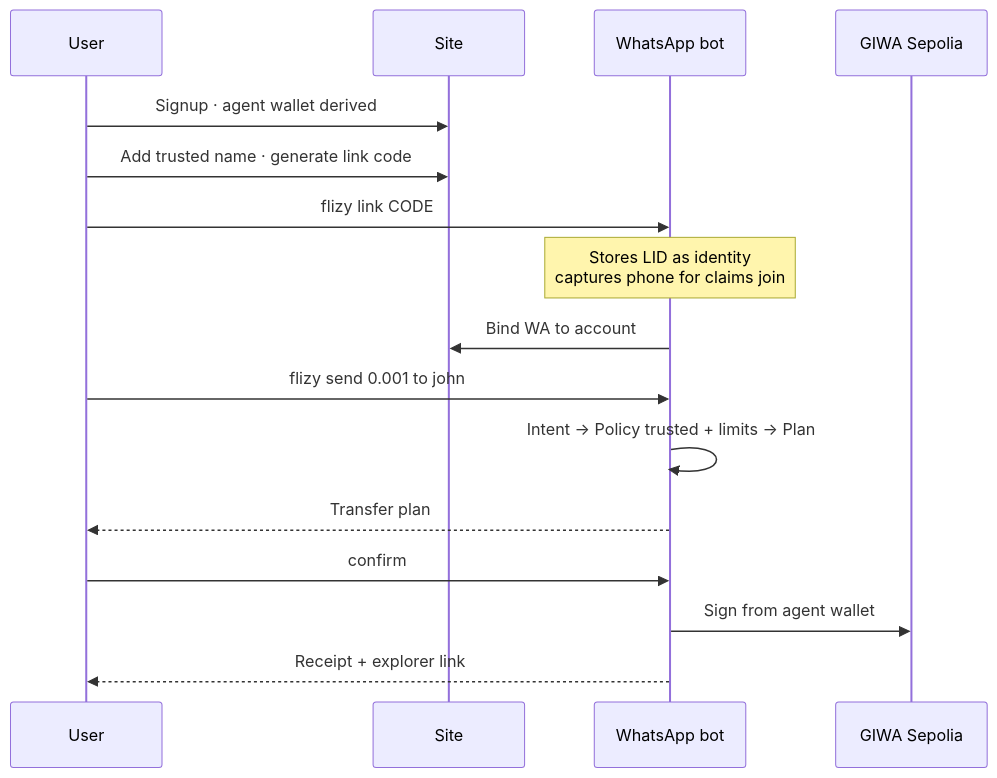
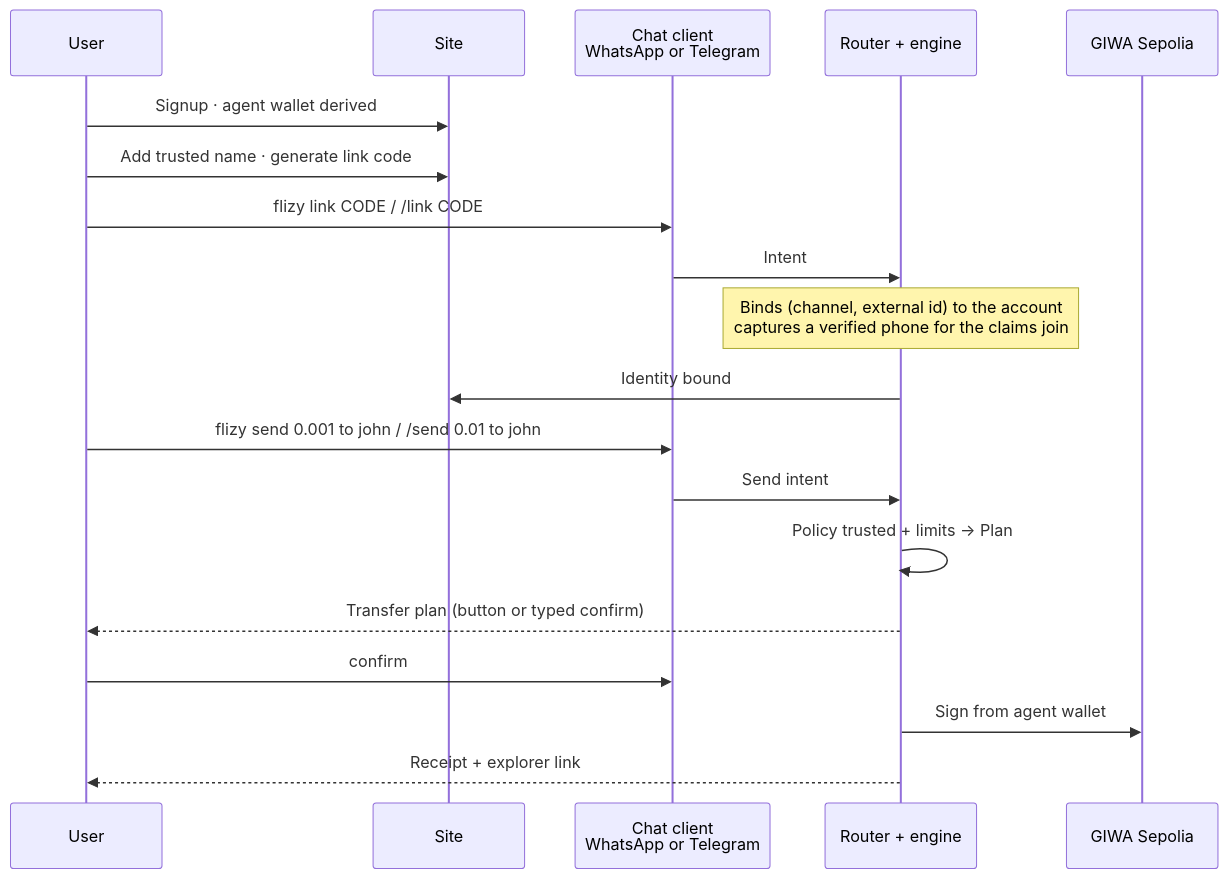
The fourth of 7 diagrams in README.md (rudazy/flizy), drawn with Mermaid before and after one commit. The commit also changed other lines of this file and 46 other files, not shown here.

Commit message:
Add Telegram client

````diff
--- a/README.md
+++ b/README.md
@@ -147,19 +213,22 @@
 ```mermaid
 sequenceDiagram
   participant U as User
   participant Site as Site
-  participant Bot as WhatsApp bot
+  participant Chat as Chat client<br/>WhatsApp or Telegram
+  participant R as Router + engine
   participant Chain as GIWA Sepolia
 
   U->>Site: Signup · agent wallet derived
   U->>Site: Add trusted name · generate link code
-  U->>Bot: flizy link CODE
-  Note over Bot: Stores LID as identity<br/>captures phone for claims join
-  Bot->>Site: Bind WA to account
-  U->>Bot: flizy send 0.001 to john
-  Bot->>Bot: Intent → Policy trusted + limits → Plan
-  Bot-->>U: Transfer plan
-  U->>Bot: confirm
-  Bot->>Chain: Sign from agent wallet
-  Bot-->>U: Receipt + explorer link
+  U->>Chat: flizy link CODE  /  /link CODE
+  Chat->>R: Intent
+  Note over R: Binds (channel, external id) to the account<br/>captures a verified phone for the claims join
+  R->>Site: Identity bound
+  U->>Chat: flizy send 0.001 to john  /  /send 0.01 to john
+  Chat->>R: Send intent
+  R->>R: Policy trusted + limits → Plan
+  R-->>U: Transfer plan (button or typed confirm)
+  U->>Chat: confirm
+  R->>Chain: Sign from agent wallet
+  R-->>U: Receipt + explorer link
 ```
````
